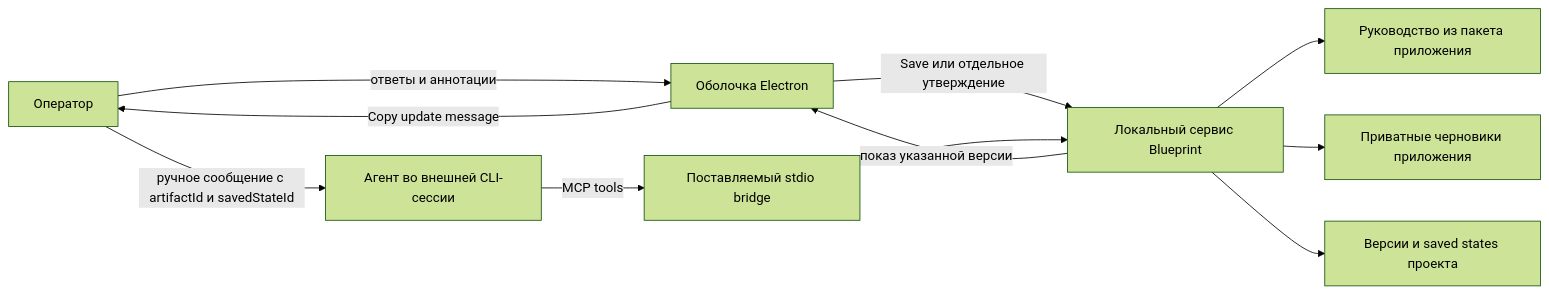
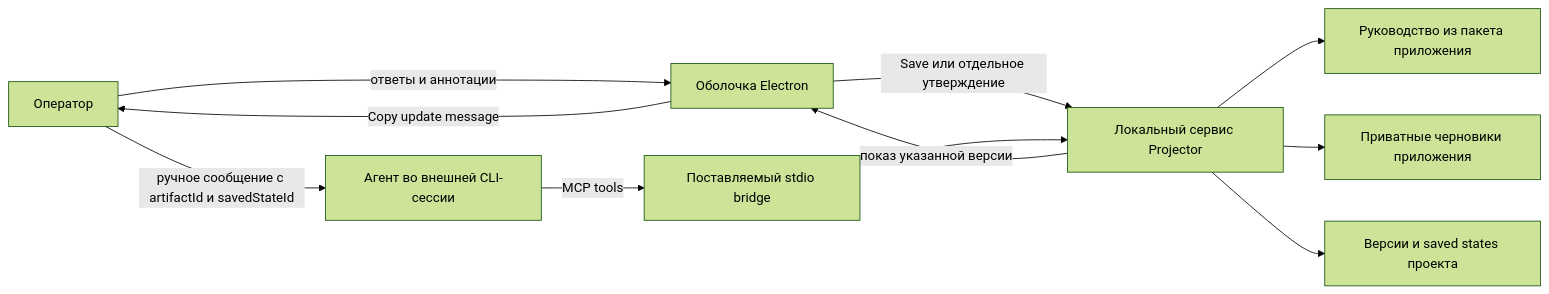
Before and after one commit to cododel/projector: the diagram in PRD.md, drawn with Mermaid (forest theme). The commit also changed other lines of this file and 104 other files, not shown here.

Commit message:
refactor(projector): rename Blueprint and preserve legacy data

````diff
--- a/PRD.md
+++ b/PRD.md
@@ -356,13 +356,13 @@
 ```mermaid
 flowchart LR
   U[Оператор] -->|ответы и аннотации| UI[Оболочка Electron]
-  UI -->|Save или отдельное утверждение| R[Локальный сервис Blueprint]
+  UI -->|Save или отдельное утверждение| R[Локальный сервис Projector]
   A[Агент во внешней CLI-сессии] -->|MCP tools| B[Поставляемый stdio bridge]
   B --> R
   R --> G[Руководство из пакета приложения]
   R --> D[Приватные черновики приложения]
   R --> P[Версии и saved states проекта]
   R -->|показ указанной версии| UI
   UI -->|Copy update message| U
   U -->|ручное сообщение с artifactId и savedStateId| A
 ```
````
